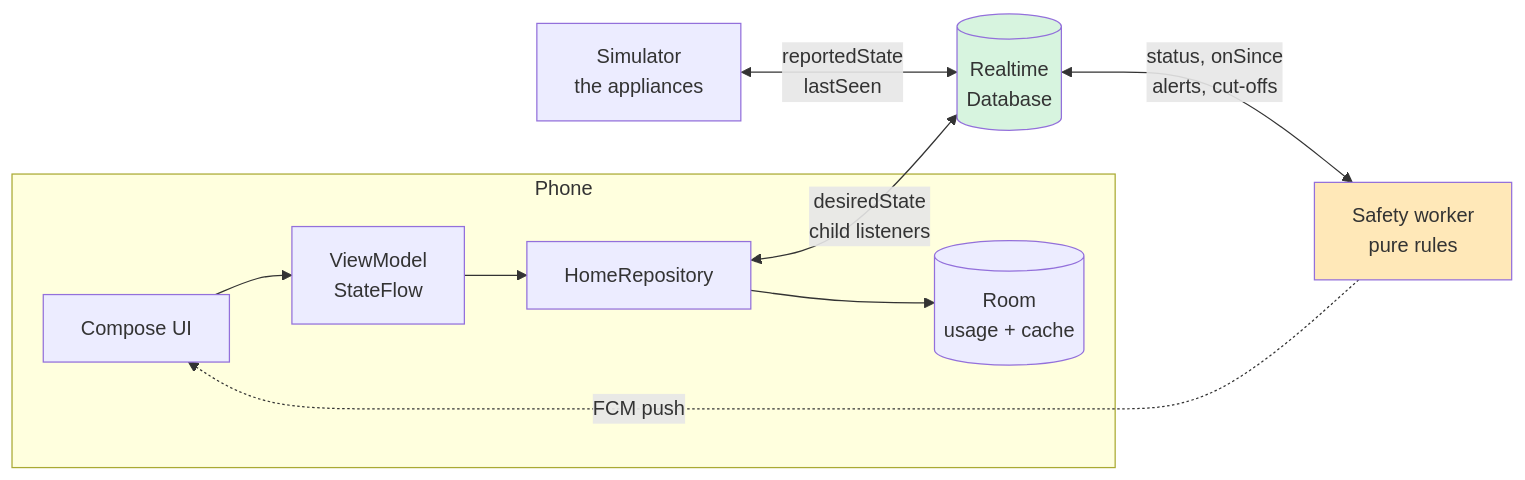
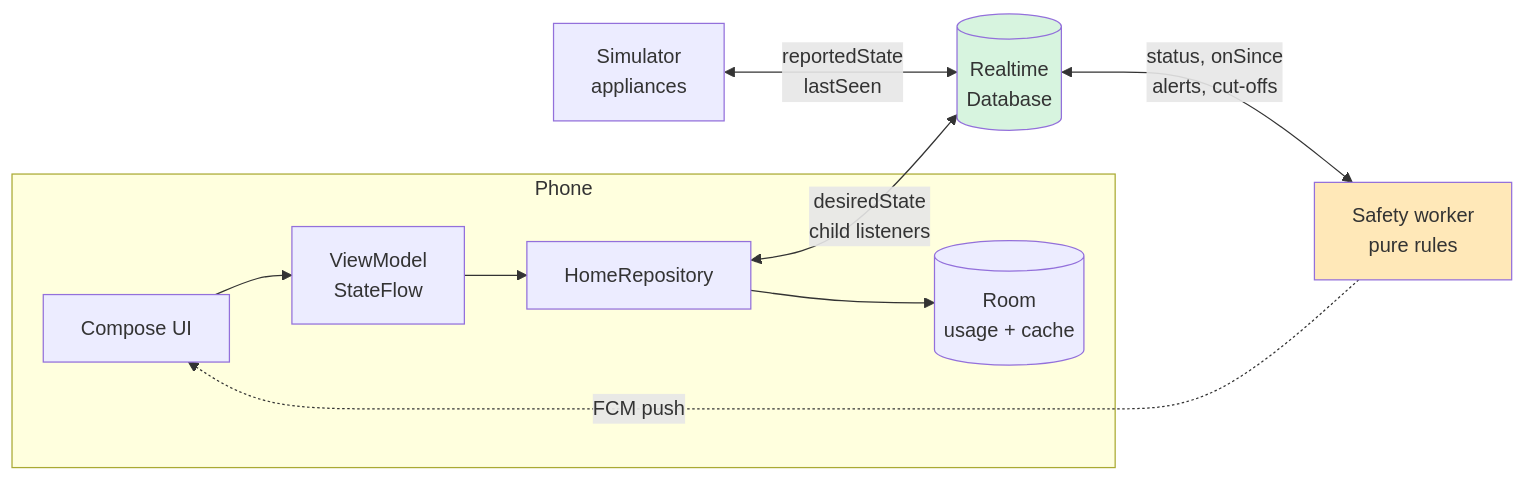
The second of 2 diagrams in docs/REPORT.md (RavinduIT/HomeSense), drawn with Mermaid before and after one commit. The commit also changed other lines of this file and 9 other files, not shown here.

````diff
--- a/docs/REPORT.md
+++ b/docs/REPORT.md
@@ -262,16 +295,16 @@
 ```mermaid
 flowchart LR
     subgraph Phone
         UI[Compose UI] --> VM[ViewModel<br/>StateFlow]
         VM --> Repo[HomeRepository]
         Repo --> Room[(Room<br/>usage + cache)]
     end
 
     Repo <-->|desiredState<br/>child listeners| DB[(Realtime<br/>Database)]
-    Sim[Simulator<br/>the appliances] <-->|reportedState<br/>lastSeen| DB
+    Sim[Simulator<br/>appliances] <-->|reportedState<br/>lastSeen| DB
     DB <-->|status, onSince<br/>alerts, cut-offs| Worker[Safety worker<br/>pure rules]
     Worker -.->|FCM push| UI
 
     style Worker fill:#ffe8b8
     style DB fill:#d7f4df
 ```
````
